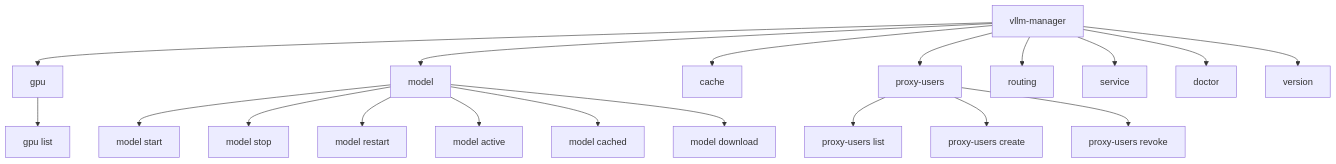
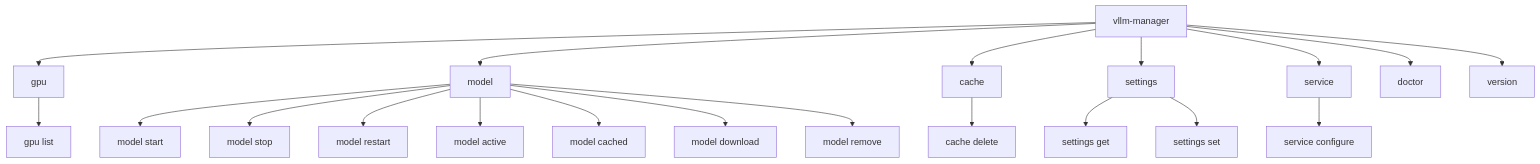
Before and after one commit to Vulcanite/vllm-gpu-manager: the diagram in docs/cli-guide/overview.md, drawn with Mermaid. The commit also changed other lines of this file and 13 other files, not shown here.

````diff
--- a/docs/cli-guide/overview.md
+++ b/docs/cli-guide/overview.md
@@ -14,22 +14,23 @@
 ```mermaid
 graph TD
     Root[vllm-manager] --> GPU[gpu]
     Root --> Model[model]
     Root --> Cache[cache]
-    Root --> Proxy[proxy-users]
-    Root --> Routing[routing]
+    Root --> Settings[settings]
     Root --> Service[service]
     Root --> Doctor[doctor]
     Root --> Version[version]
 
     GPU --> GPUList[gpu list]
     Model --> ModelStart[model start]
     Model --> ModelStop[model stop]
     Model --> ModelRestart[model restart]
     Model --> ModelActive[model active]
     Model --> ModelCached[model cached]
     Model --> ModelDownload[model download]
-    Proxy --> ProxyList[proxy-users list]
-    Proxy --> ProxyCreate[proxy-users create]
-    Proxy --> ProxyRevoke[proxy-users revoke]
+    Model --> ModelRemove[model remove]
+    Cache --> CacheDelete[cache delete]
+    Settings --> SettingsGet[settings get]
+    Settings --> SettingsSet[settings set]
+    Service --> ServiceConfigure[service configure]
 ```
````
